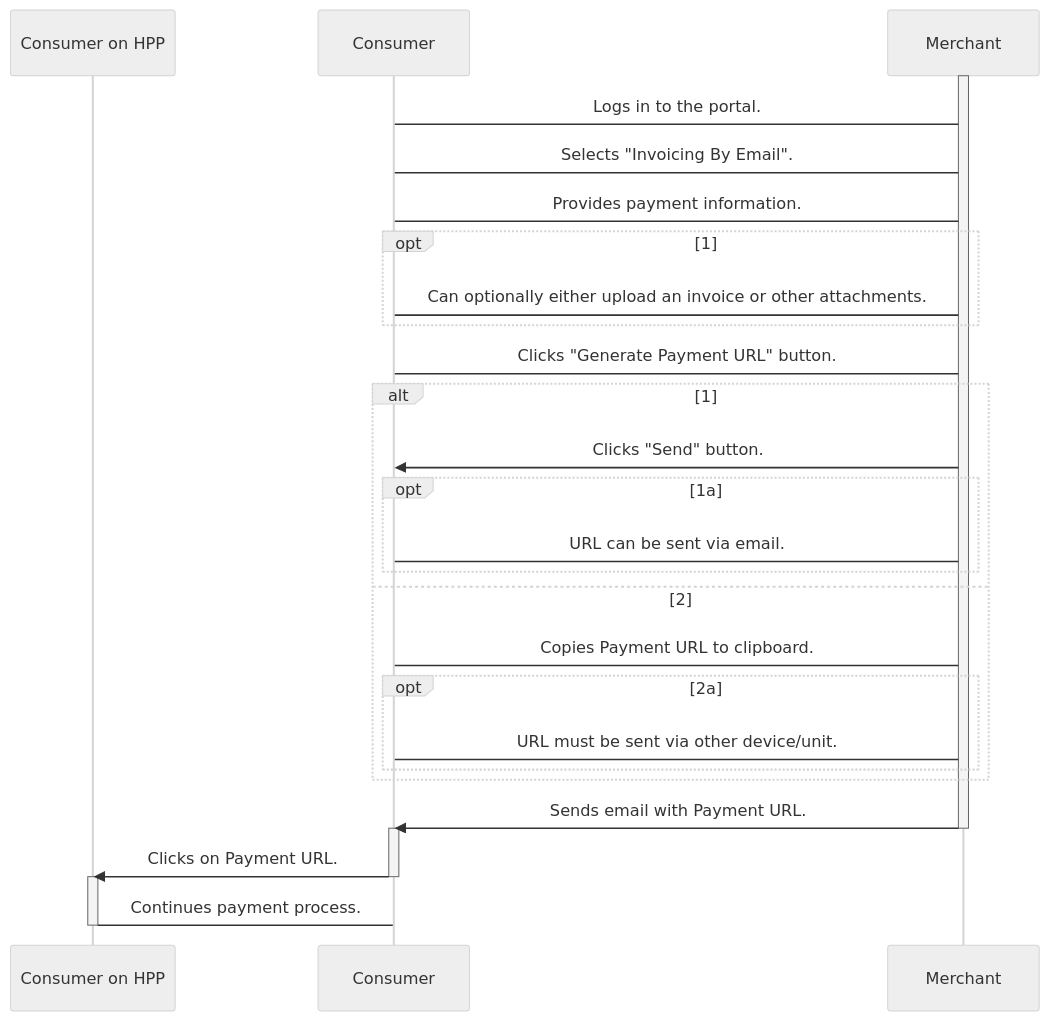
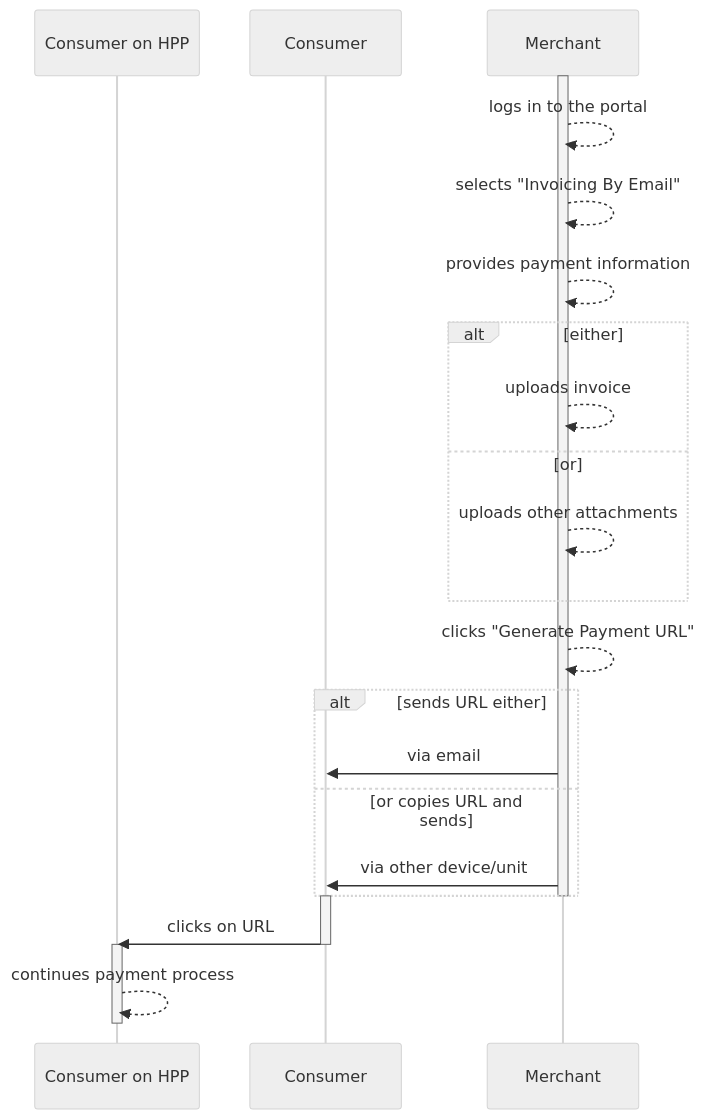
One commit to wirecard/merchant-documentation-gateway changed the diagram in 03-02-12-payment-solutions.adoc. Above: the diagram before and after it, drawn with Mermaid (neutral theme).

Commit message:
Update Mermaid Diagrams

```diff
--- a/03-02-12-payment-solutions.adoc
+++ b/03-02-12-payment-solutions.adoc
@@ -90,34 +90,29 @@
 [mermaid,PPv1_PaymentSolutions_InvoiceviaEmail_Workflow,svg,subs=attributes+]
 ----
 sequenceDiagram
     participant A as Consumer on HPP
     participant B as Consumer
     participant C as Merchant
         activate C
-        C -> B: Logs in to the portal.
-        C -> B: Selects "Invoicing By Email".
-        C -> B: Provides payment information.
-            opt 1
-                C -> B: Can optionally either upload an invoice or other attachments.
+        C -->> C: logs in to the portal
+        C -->> C: selects "Invoicing By Email"
+        C -->> C: provides payment information
+            alt either
+              C -->> C: uploads invoice
+            else or
+              C -->> C: uploads other attachments
             end
-        C -> B: Clicks "Generate Payment URL" button.
-            alt 1
-                C ->> B: Clicks "Send" button.
-                    opt 1a
-                        C -> B: URL can be sent via email.
-                    end
-            else 2
-                C -> B: Copies Payment URL to clipboard.
-                    opt 2a
-                        C -> B: URL must be sent via other device/unit.
-                    end
+        C -->> C: clicks "Generate Payment URL"
+            alt sends URL either
+                C ->> B: via email
+            else or copies URL and sends
+                C ->> B: via other device/unit
             end
-        C ->> B: Sends email with Payment URL.
     	deactivate C
         activate B
-        B ->> A: Clicks on Payment URL.
+        B ->> A: clicks on URL
         deactivate B
         activate A
-        A -> B: Continues payment process.
+        A -->> A: continues payment process
         deactivate A
 ----
```
